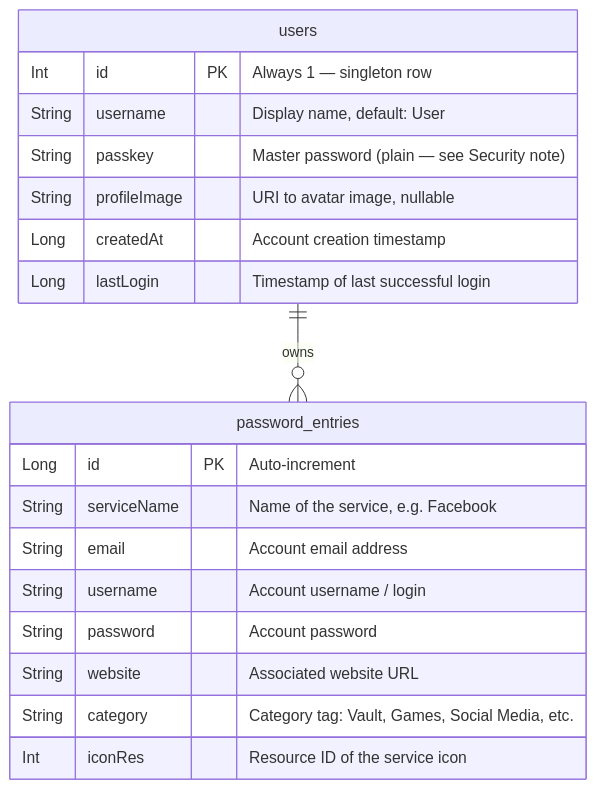
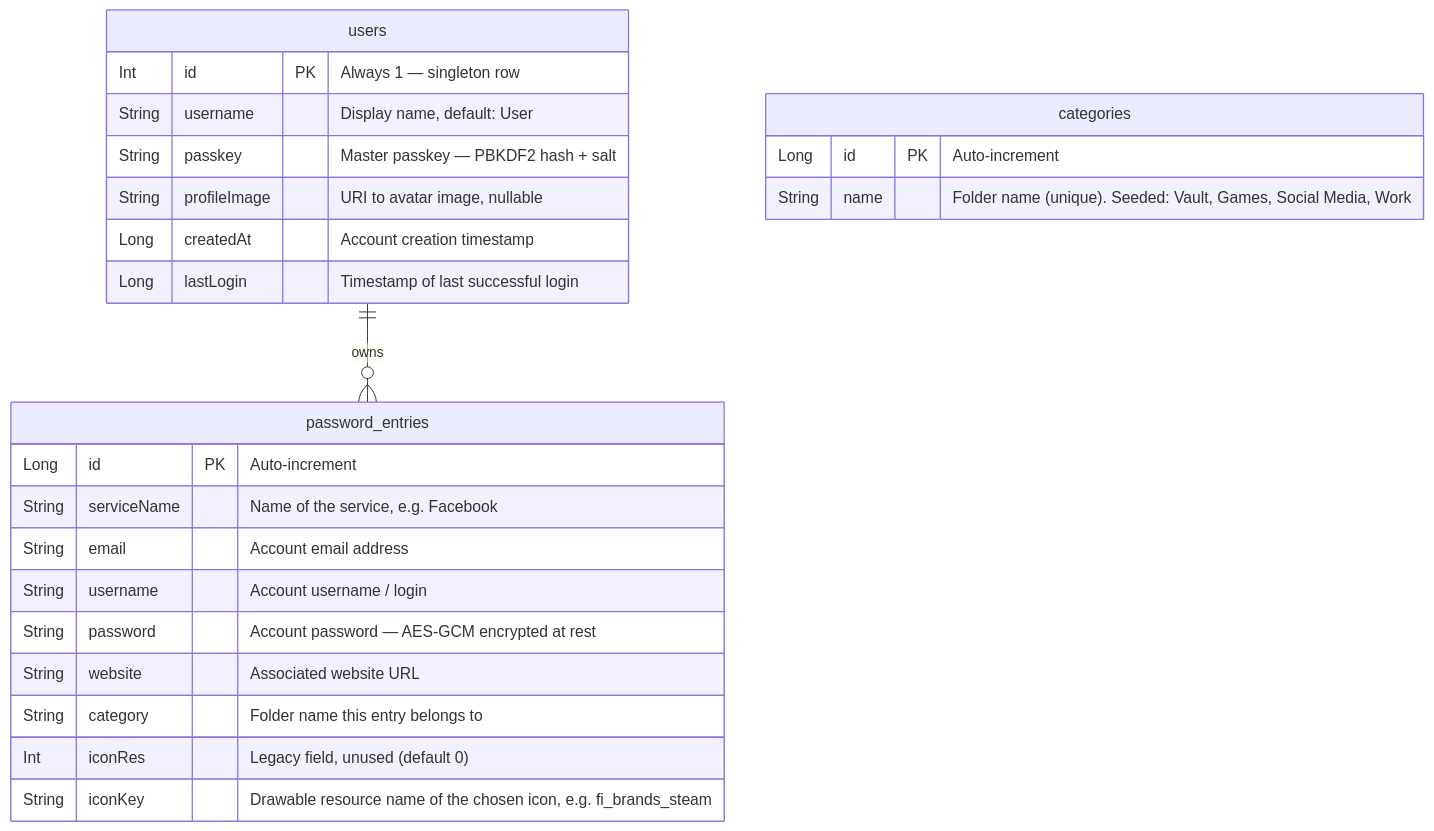
Before and after one commit to samuno717/LockIt: the second of 2 diagrams in README.md, drawn with Mermaid. The commit also changed other lines of this file and 284 other files, not shown here.

````diff
--- a/README.md
+++ b/README.md
@@ -129,24 +150,30 @@
 ```mermaid
 erDiagram
     users {
         Int id PK "Always 1 — singleton row"
         String username "Display name, default: User"
-        String passkey "Master password (plain — see Security note)"
+        String passkey "Master passkey — PBKDF2 hash + salt"
         String profileImage "URI to avatar image, nullable"
         Long createdAt "Account creation timestamp"
         Long lastLogin "Timestamp of last successful login"
     }
 
     password_entries {
         Long id PK "Auto-increment"
         String serviceName "Name of the service, e.g. Facebook"
         String email "Account email address"
         String username "Account username / login"
-        String password "Account password"
+        String password "Account password — AES-GCM encrypted at rest"
         String website "Associated website URL"
-        String category "Category tag: Vault, Games, Social Media, etc."
-        Int iconRes "Resource ID of the service icon"
+        String category "Folder name this entry belongs to"
+        Int iconRes "Legacy field, unused (default 0)"
+        String iconKey "Drawable resource name of the chosen icon, e.g. fi_brands_steam"
+    }
+
+    categories {
+        Long id PK "Auto-increment"
+        String name "Folder name (unique). Seeded: Vault, Games, Social Media, Work"
     }
 
     users ||--o{ password_entries : "owns"
 ```
````
